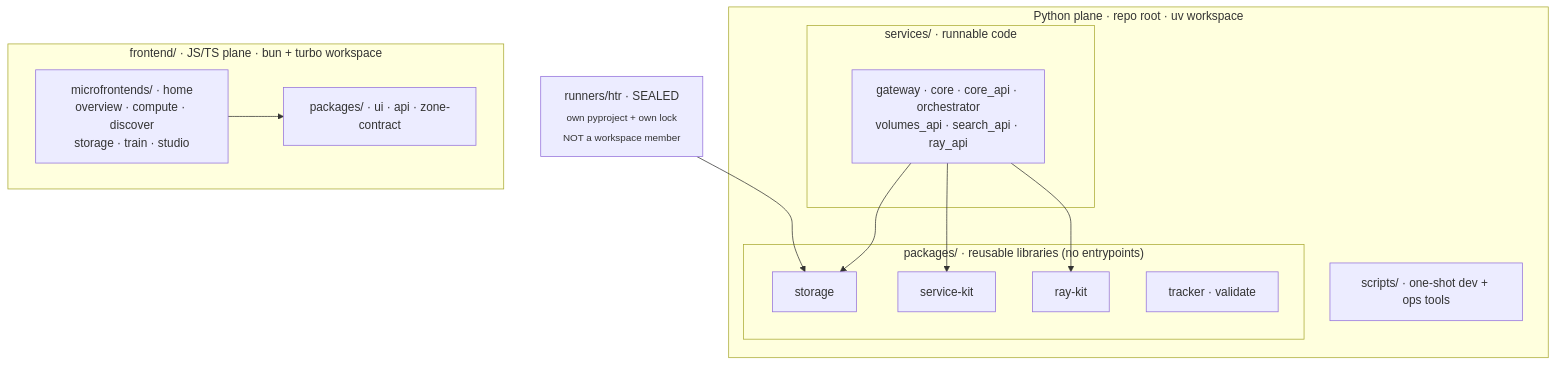
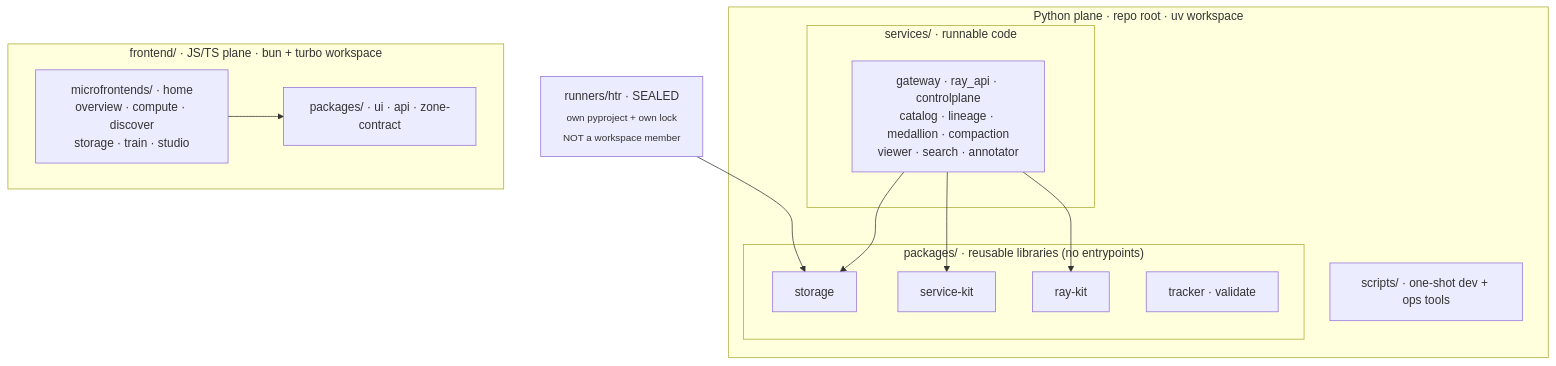
The diagram in docs/architecture/layout.md (AI-Riksarkivet/rask), drawn with Mermaid before and after one commit. The commit also changed other lines of this file and 123 other files, not shown here.

````diff
--- a/docs/architecture/layout.md
+++ b/docs/architecture/layout.md
@@ -13,24 +13,24 @@
 ```mermaid
 flowchart TD
     subgraph py["Python plane · repo root · uv workspace"]
         subgraph services["services/ · runnable code"]
-            cs["gateway · core · core_api · orchestrator<br/>volumes_api · search_api · ray_api"]
+            cs["gateway · ray_api · controlplane<br/>catalog · lineage · medallion · compaction<br/>viewer · search · annotator"]
         end
         subgraph packages["packages/ · reusable libraries (no entrypoints)"]
             pst["storage"]
             psk["service-kit"]
             prk["ray-kit"]
             ptv["tracker · validate"]
         end
         cx["scripts/ · one-shot dev + ops tools"]
     end
     subgraph js["frontend/ · JS/TS plane · bun + turbo workspace"]
         mf["microfrontends/ · home<br/>overview · compute · discover<br/>storage · train · studio"]
         fpk["packages/ · ui · api · zone-contract"]
     end
     rn["runners/htr · SEALED<br/><sub>own pyproject + own lock<br/>NOT a workspace member</sub>"] --> pst
     cs --> psk
     cs --> prk
     cs --> pst
     mf --> fpk
 ```
````
